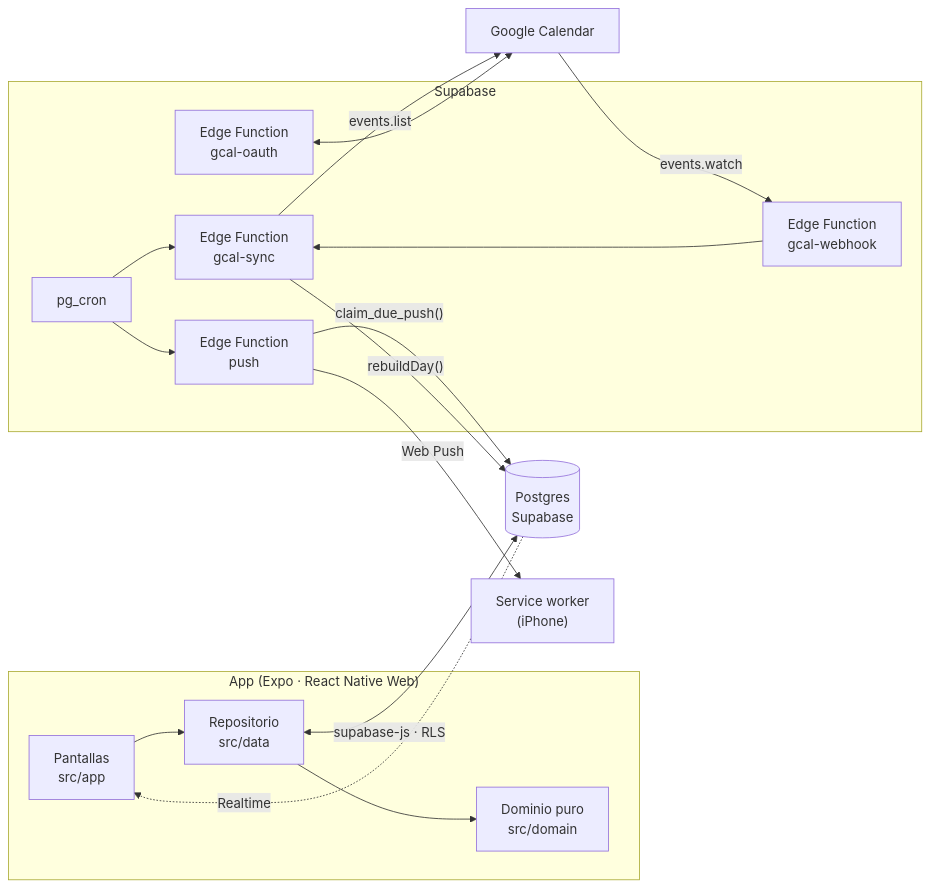
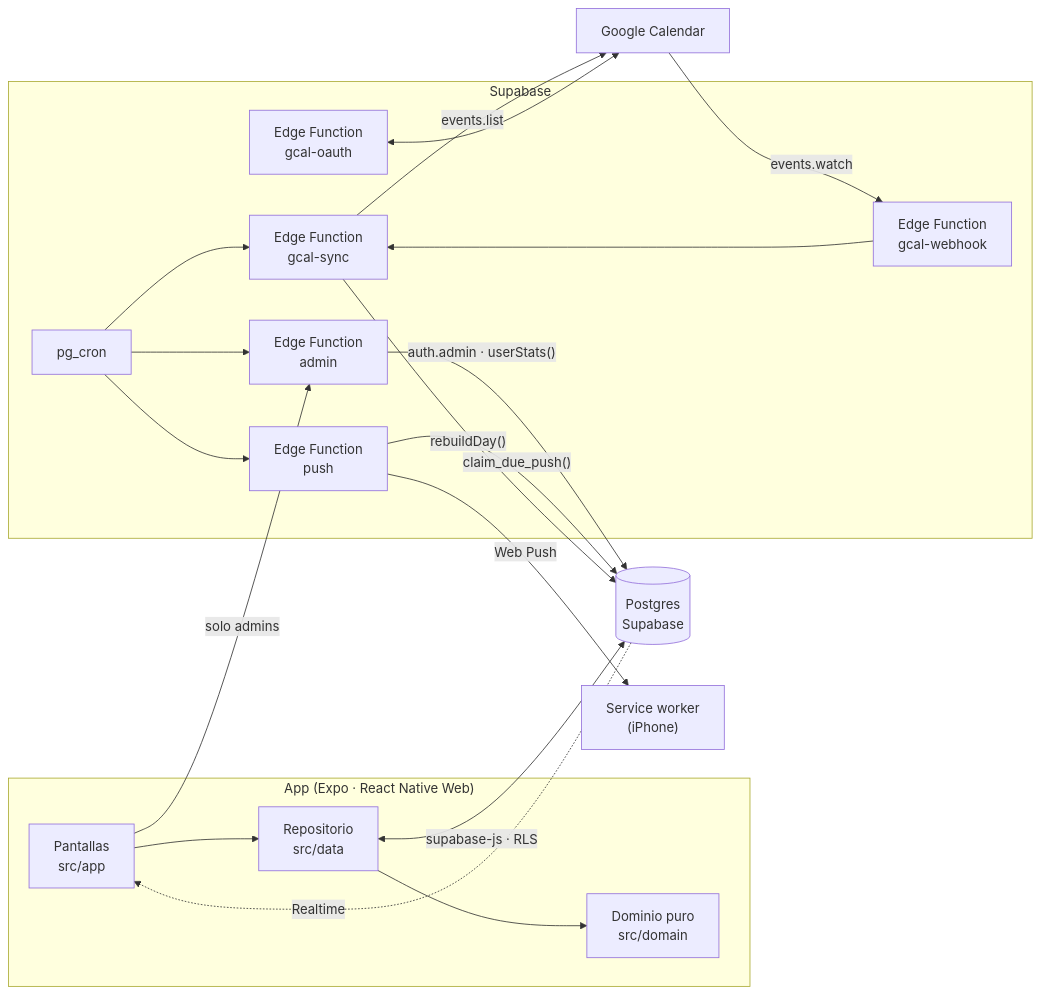
One commit to PabloVillagranGonz/mi-dia-app changed the diagram in README.md. Above: the diagram before and after it, drawn with Mermaid. The commit also changed other lines of this file and 29 other files, not shown here.

````diff
--- a/README.md
+++ b/README.md
@@ -48,24 +51,28 @@
 ```mermaid
 flowchart LR
   subgraph Cliente["App (Expo · React Native Web)"]
     UI["Pantallas<br/>src/app"] --> Repo["Repositorio<br/>src/data"]
     Repo --> Dom["Dominio puro<br/>src/domain"]
   end
 
   Repo <-->|"supabase-js · RLS"| DB[("Postgres<br/>Supabase")]
   DB -. Realtime .-> UI
 
   subgraph Servidor["Supabase"]
     Cron["pg_cron"] --> Push["Edge Function<br/>push"]
     Cron --> Sync["Edge Function<br/>gcal-sync"]
     Hook["Edge Function<br/>gcal-webhook"] --> Sync
     OAuth["Edge Function<br/>gcal-oauth"]
+    Admin["Edge Function<br/>admin"]
   end
+  UI -->|"solo admins"| Admin
+  Cron --> Admin
+  Admin -->|"auth.admin · userStats()"| DB
 
   Push -->|"claim_due_push()"| DB
   Push -->|Web Push| SW["Service worker<br/>(iPhone)"]
   GCal["Google Calendar"] -->|"events.watch"| Hook
   Sync -->|"events.list"| GCal
   Sync -->|"rebuildDay()"| DB
   OAuth <--> GCal
 ```
````
